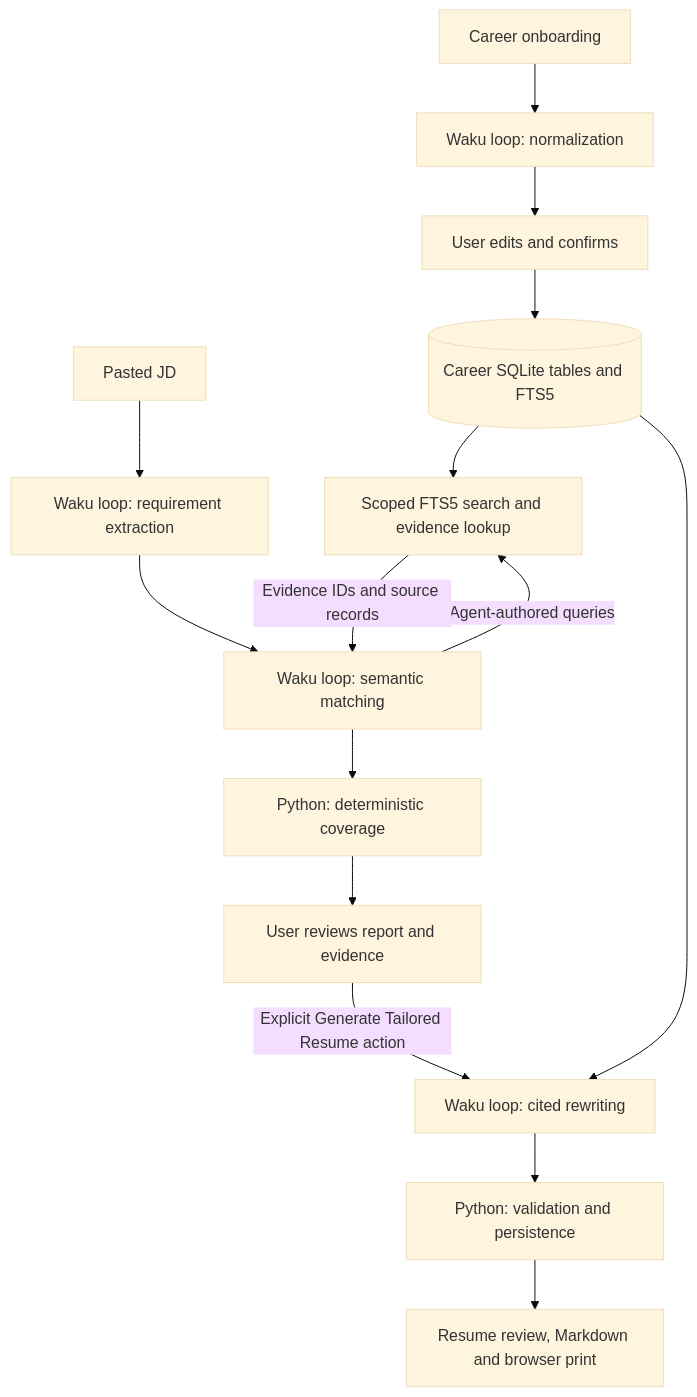
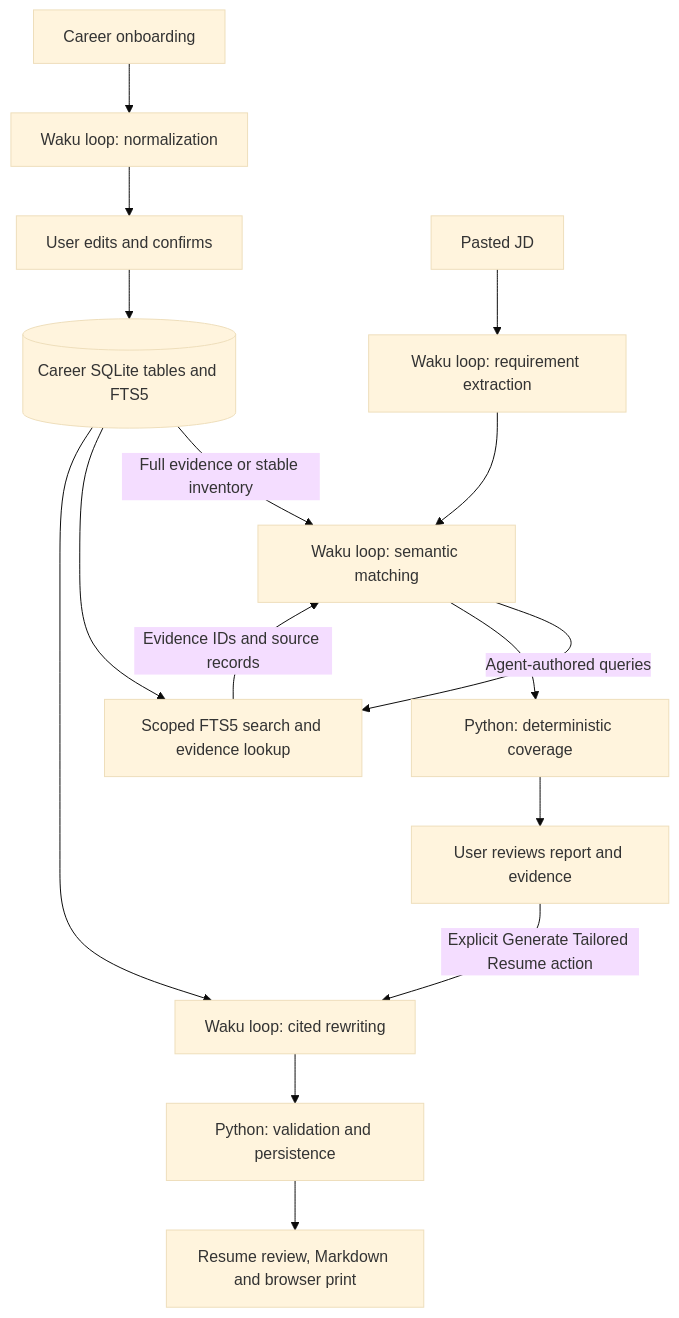
The diagram in docs/career.md (Houlx/waku-agent), drawn with Mermaid (base theme) before and after one commit. The commit also changed other lines of this file and 34 other files, not shown here.

````diff
--- a/docs/career.md
+++ b/docs/career.md
@@ -118,17 +121,18 @@
 ```mermaid
 flowchart TD
     Input[Career onboarding] --> Normalize[Waku loop: normalization]
     Normalize --> Review[User edits and confirms]
     Review --> KB[(Career SQLite tables and FTS5)]
     JD[Pasted JD] --> Extract[Waku loop: requirement extraction]
     Extract --> Match[Waku loop: semantic matching]
+    KB -->|Full evidence or stable inventory| Match
     Match -->|Agent-authored queries| Search[Scoped FTS5 search and evidence lookup]
     KB --> Search
     Search -->|Evidence IDs and source records| Match
     Match --> Score[Python: deterministic coverage]
     Score --> Report[User reviews report and evidence]
     Report -->|Explicit Generate Tailored Resume action| Resume[Waku loop: cited rewriting]
     KB --> Resume
     Resume --> Validate[Python: validation and persistence]
     Validate --> Export[Resume review, Markdown and browser print]
 ```
````
